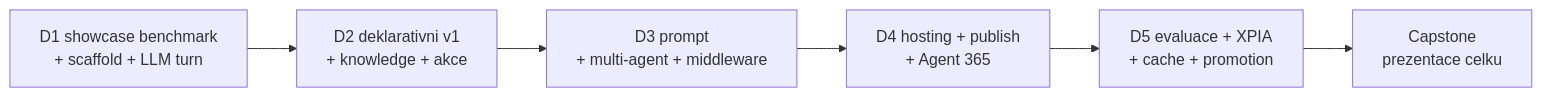
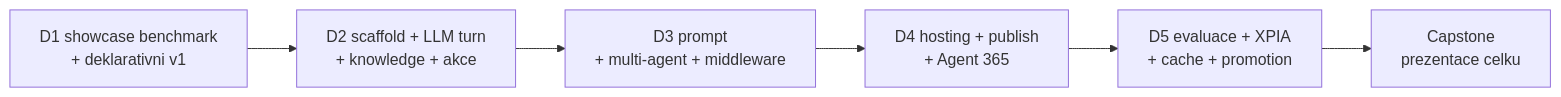
One commit to MalasekPetr/gopas-spo_copilot changed the diagram in agenda.md. Above: the diagram before and after it, drawn with Mermaid. The commit also changed other lines of this file and 55 other files, not shown here.

````diff
--- a/agenda.md
+++ b/agenda.md
@@ -117,8 +127,8 @@
 ```mermaid
 flowchart LR
-  D1[D1 showcase benchmark<br/>+ scaffold + LLM turn] --> D2[D2 deklarativni v1<br/>+ knowledge + akce]
+  D1[D1 showcase benchmark<br/>+ deklarativni v1] --> D2[D2 scaffold + LLM turn<br/>+ knowledge + akce]
   D2 --> D3[D3 prompt<br/>+ multi-agent + middleware]
   D3 --> D4[D4 hosting + publish<br/>+ Agent 365]
   D4 --> D5[D5 evaluace + XPIA<br/>+ cache + promotion]
   D5 --> C[Capstone<br/>prezentace celku]
 ```
````
